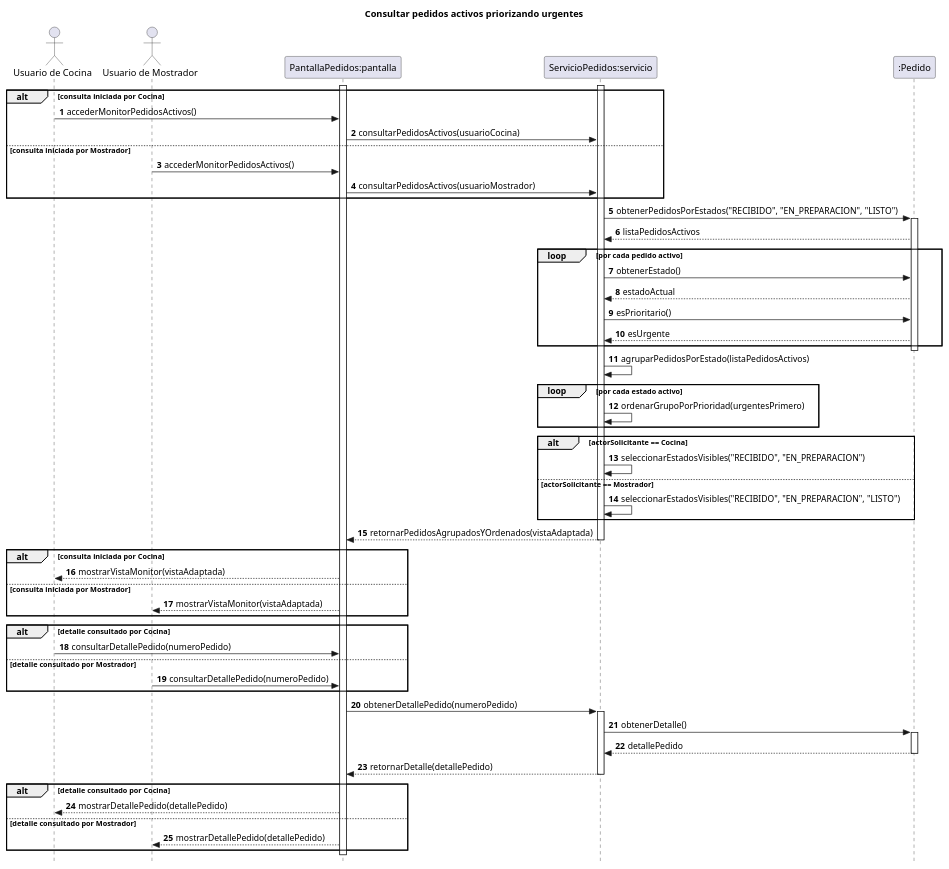
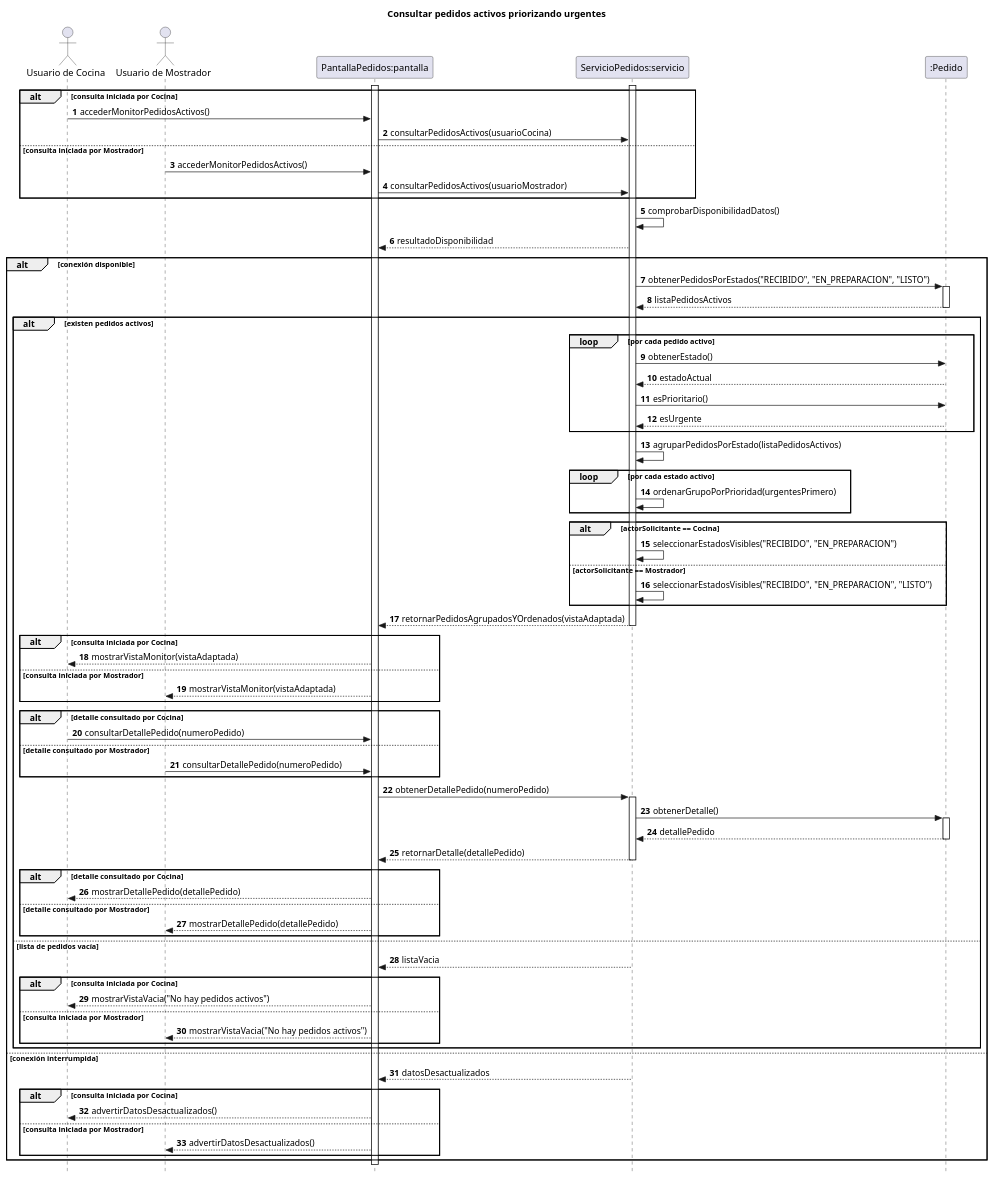
One commit to eloeyhe/SistemaPedidos changed the diagram in diagramas/05-diagramas-secuencia/05-secuencia-consultar-pedidos-activos-prioridad-urgentes-05.puml. Above: the diagram before and after it, drawn with PlantUML. The commit also changed 7 other files, not shown here.

```diff
--- a/diagramas/05-diagramas-secuencia/05-secuencia-consultar-pedidos-activos-prioridad-urgentes-05.puml
+++ b/diagramas/05-diagramas-secuencia/05-secuencia-consultar-pedidos-activos-prioridad-urgentes-05.puml
@@ -1,82 +1,102 @@
 @startuml
 title Consultar pedidos activos priorizando urgentes
 
 autonumber
 skinparam style strictuml
 hide footbox
 
 actor "Usuario de Cocina" as usuarioCocina
 actor "Usuario de Mostrador" as usuarioMostrador
 participant "PantallaPedidos:pantalla" as pantalla
 participant "ServicioPedidos:servicio" as servicio
 participant ":Pedido" as pedido
 
 activate pantalla
 alt consulta iniciada por Cocina
     usuarioCocina -> pantalla : accederMonitorPedidosActivos()
     pantalla -> servicio : consultarPedidosActivos(usuarioCocina)
 else consulta iniciada por Mostrador
     usuarioMostrador -> pantalla : accederMonitorPedidosActivos()
     pantalla -> servicio : consultarPedidosActivos(usuarioMostrador)
 end
 
 activate servicio
+servicio -> servicio : comprobarDisponibilidadDatos()
+servicio --> pantalla : resultadoDisponibilidad
 
-servicio -> pedido : obtenerPedidosPorEstados("RECIBIDO", "EN_PREPARACION", "LISTO")
-activate pedido
+alt conexión disponible
+    servicio -> pedido : obtenerPedidosPorEstados("RECIBIDO", "EN_PREPARACION", "LISTO")
+    activate pedido
+    pedido --> servicio : listaPedidosActivos
+    deactivate pedido
 
-pedido --> servicio : listaPedidosActivos
+    alt existen pedidos activos
+        loop por cada pedido activo
+            servicio -> pedido : obtenerEstado()
+            pedido --> servicio : estadoActual
+            servicio -> pedido : esPrioritario()
+            pedido --> servicio : esUrgente
+        end
 
-loop por cada pedido activo
-    servicio -> pedido : obtenerEstado()
-    pedido --> servicio : estadoActual
-    servicio -> pedido : esPrioritario()
-    pedido --> servicio : esUrgente
-end
-deactivate pedido
+        servicio -> servicio : agruparPedidosPorEstado(listaPedidosActivos)
+        loop por cada estado activo
+            servicio -> servicio : ordenarGrupoPorPrioridad(urgentesPrimero)
+        end
 
-servicio -> servicio : agruparPedidosPorEstado(listaPedidosActivos)
-loop por cada estado activo
-    servicio -> servicio : ordenarGrupoPorPrioridad(urgentesPrimero)
-end
+        alt actorSolicitante == Cocina
+            servicio -> servicio : seleccionarEstadosVisibles("RECIBIDO", "EN_PREPARACION")
+        else actorSolicitante == Mostrador
+            servicio -> servicio : seleccionarEstadosVisibles("RECIBIDO", "EN_PREPARACION", "LISTO")
+        end
 
-alt actorSolicitante == Cocina
-    servicio -> servicio : seleccionarEstadosVisibles("RECIBIDO", "EN_PREPARACION")
-else actorSolicitante == Mostrador
-    servicio -> servicio : seleccionarEstadosVisibles("RECIBIDO", "EN_PREPARACION", "LISTO")
-end
+        servicio --> pantalla : retornarPedidosAgrupadosYOrdenados(vistaAdaptada)
+        deactivate servicio
 
-servicio --> pantalla : retornarPedidosAgrupadosYOrdenados(vistaAdaptada)
-deactivate servicio
+        alt consulta iniciada por Cocina
+            pantalla --> usuarioCocina : mostrarVistaMonitor(vistaAdaptada)
+        else consulta iniciada por Mostrador
+            pantalla --> usuarioMostrador : mostrarVistaMonitor(vistaAdaptada)
+        end
 
-alt consulta iniciada por Cocina
-    pantalla --> usuarioCocina : mostrarVistaMonitor(vistaAdaptada)
-else consulta iniciada por Mostrador
-    pantalla --> usuarioMostrador : mostrarVistaMonitor(vistaAdaptada)
-end
+        alt detalle consultado por Cocina
+            usuarioCocina -> pantalla : consultarDetallePedido(numeroPedido)
+        else detalle consultado por Mostrador
+            usuarioMostrador -> pantalla : consultarDetallePedido(numeroPedido)
+        end
+        pantalla -> servicio : obtenerDetallePedido(numeroPedido)
+        activate servicio
 
-alt detalle consultado por Cocina
-    usuarioCocina -> pantalla : consultarDetallePedido(numeroPedido)
-else detalle consultado por Mostrador
-    usuarioMostrador -> pantalla : consultarDetallePedido(numeroPedido)
-end
-pantalla -> servicio : obtenerDetallePedido(numeroPedido)
-activate servicio
+        servicio -> pedido : obtenerDetalle()
+        activate pedido
+        pedido --> servicio : detallePedido
+        deactivate pedido
 
-servicio -> pedido : obtenerDetalle()
-activate pedido
+        servicio --> pantalla : retornarDetalle(detallePedido)
+        deactivate servicio
 
-pedido --> servicio : detallePedido
-deactivate pedido
-
-servicio --> pantalla : retornarDetalle(detallePedido)
-deactivate servicio
-
-alt detalle consultado por Cocina
-    pantalla --> usuarioCocina : mostrarDetallePedido(detallePedido)
-else detalle consultado por Mostrador
-    pantalla --> usuarioMostrador : mostrarDetallePedido(detallePedido)
+        alt detalle consultado por Cocina
+            pantalla --> usuarioCocina : mostrarDetallePedido(detallePedido)
+        else detalle consultado por Mostrador
+            pantalla --> usuarioMostrador : mostrarDetallePedido(detallePedido)
+        end
+    else lista de pedidos vacía
+        servicio --> pantalla : listaVacia
+        deactivate servicio
+        alt consulta iniciada por Cocina
+            pantalla --> usuarioCocina : mostrarVistaVacia("No hay pedidos activos")
+        else consulta iniciada por Mostrador
+            pantalla --> usuarioMostrador : mostrarVistaVacia("No hay pedidos activos")
+        end
+    end
+else conexión interrumpida
+    servicio --> pantalla : datosDesactualizados
+    deactivate servicio
+    alt consulta iniciada por Cocina
+        pantalla --> usuarioCocina : advertirDatosDesactualizados()
+    else consulta iniciada por Mostrador
+        pantalla --> usuarioMostrador : advertirDatosDesactualizados()
+    end
 end
 deactivate pantalla
 
 @enduml
```
